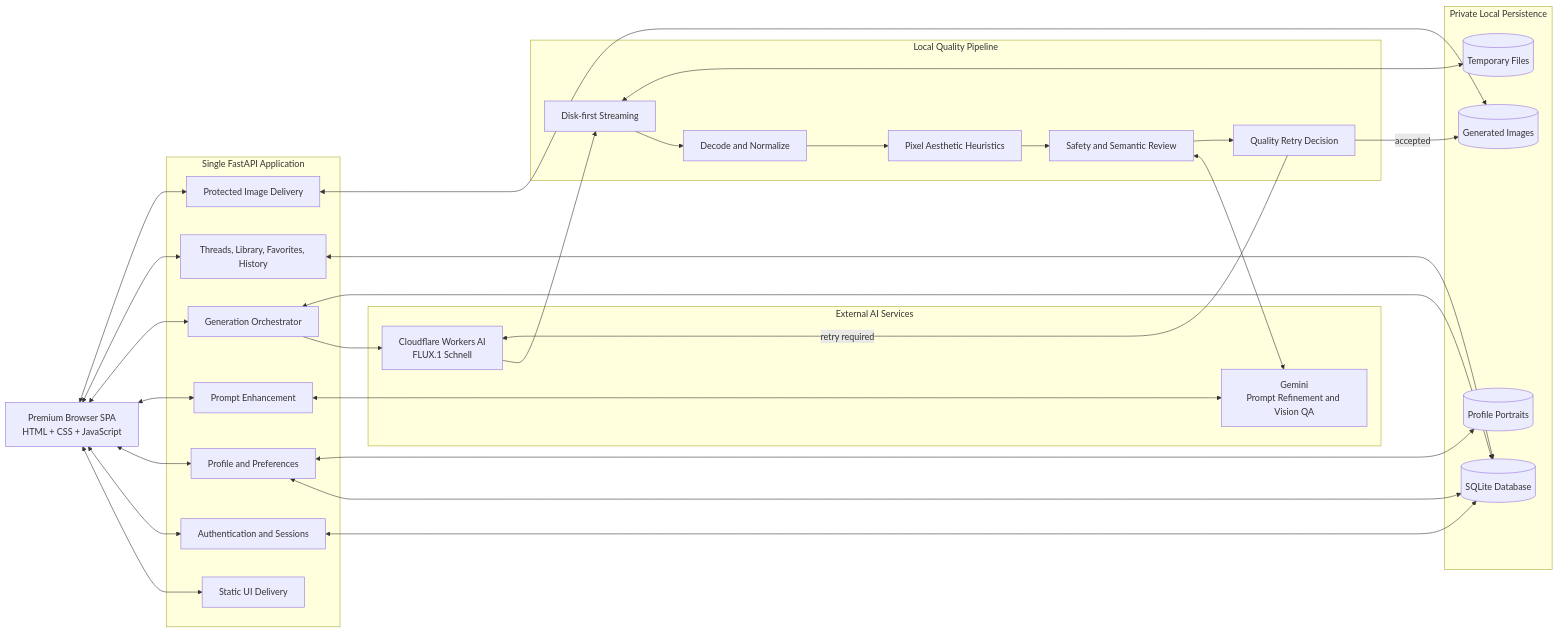
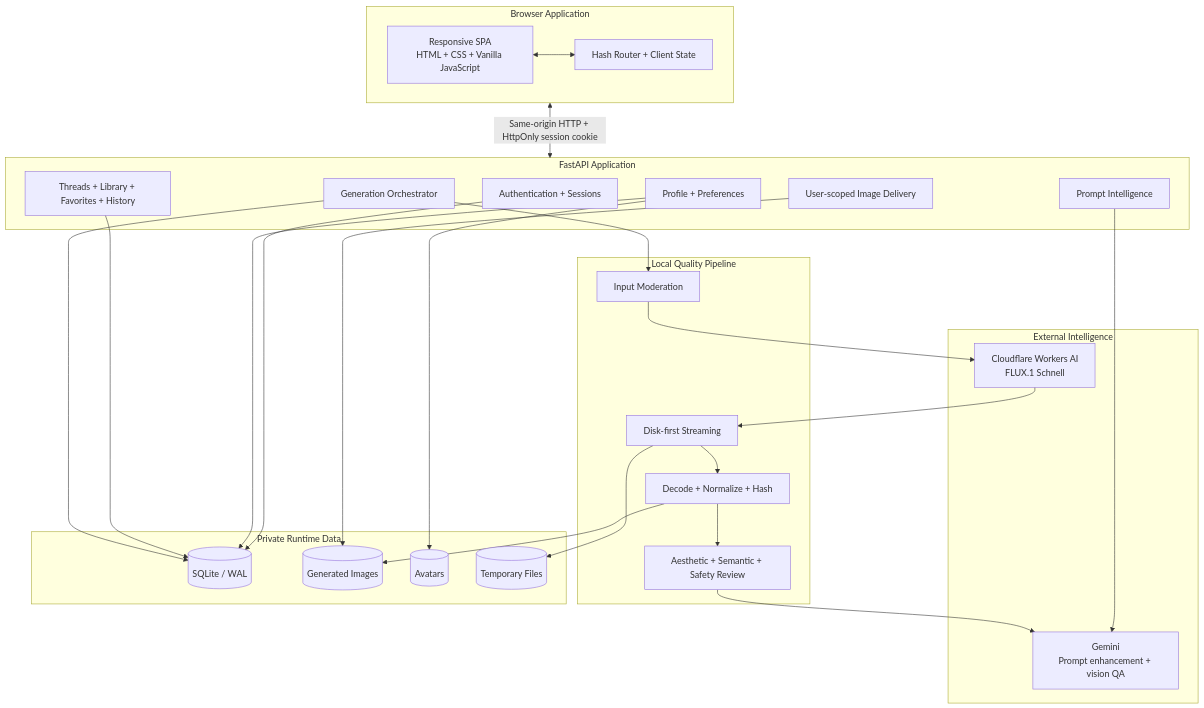
The second of 3 diagrams in DecodeLab-Multimodial Image Generation Studio/README.md (muhammadsaadjadoon/DecodeLabs-Internship), drawn with Mermaid before and after one commit. The commit also changed other lines of this file and 19 other files, not shown here.

````diff
--- a/DecodeLab-Multimodial Image Generation Studio/README.md
+++ b/DecodeLab-Multimodial Image Generation Studio/README.md
@@ -368,58 +414,50 @@
 ```mermaid
-flowchart LR
-    Browser[Premium Browser SPA<br/>HTML + CSS + JavaScript]
-
-    subgraph FastAPI[Single FastAPI Application]
-        Static[Static UI Delivery]
-        Auth[Authentication and Sessions]
-        Profile[Profile and Preferences]
-        Prompt[Prompt Enhancement]
-        Gen[Generation Orchestrator]
-        Library[Threads, Library, Favorites, History]
-        Images[Protected Image Delivery]
+flowchart TB
+    subgraph Browser[Browser Application]
+        UI[Responsive SPA\nHTML + CSS + Vanilla JavaScript]
+        ROUTER[Hash Router + Client State]
+        UI <--> ROUTER
     end
 
-    subgraph AI[External AI Services]
-        Gemini[Gemini<br/>Prompt Refinement and Vision QA]
-        Cloudflare[Cloudflare Workers AI<br/>FLUX.1 Schnell]
+    subgraph API[FastAPI Application]
+        AUTH[Authentication + Sessions]
+        PROFILE[Profile + Preferences]
+        PROMPT[Prompt Intelligence]
+        GENERATION[Generation Orchestrator]
+        COLLECTIONS[Threads + Library + Favorites + History]
+        FILES[User-scoped Image Delivery]
     end
 
-    subgraph Pipeline[Local Quality Pipeline]
-        Stream[Disk-first Streaming]
-        Decode[Decode and Normalize]
-        Heuristic[Pixel Aesthetic Heuristics]
-        Review[Safety and Semantic Review]
-        Retry[Quality Retry Decision]
+    subgraph INTELLIGENCE[External Intelligence]
+        GEMINI[Gemini\nPrompt enhancement + vision QA]
+        CF[Cloudflare Workers AI\nFLUX.1 Schnell]
     end
 
-    subgraph Persistence[Private Local Persistence]
-        SQLite[(SQLite Database)]
-        Assets[(Generated Images)]
-        Avatars[(Profile Portraits)]
-        Temp[(Temporary Files)]
+    subgraph PIPELINE[Local Quality Pipeline]
+        MOD[Input Moderation]
+        STREAM[Disk-first Streaming]
+        VALIDATE[Decode + Normalize + Hash]
+        QA[Aesthetic + Semantic + Safety Review]
     end
 
-    Browser <--> Static
-    Browser <--> Auth
-    Browser <--> Profile
-    Browser <--> Prompt
-    Browser <--> Gen
-    Browser <--> Library
-    Browser <--> Images
+    subgraph DATA[Private Runtime Data]
+        DB[(SQLite / WAL)]
+        IMG[(Generated Images)]
+        AV[(Avatars)]
+        TMP[(Temporary Files)]
+    end
 
-    Prompt <--> Gemini
-    Gen --> Cloudflare
-    Cloudflare --> Stream --> Decode --> Heuristic --> Review
-    Review <--> Gemini
-    Review --> Retry
-    Retry -->|accepted| Assets
-    Retry -->|retry required| Cloudflare
-
-    Auth <--> SQLite
-    Profile <--> SQLite
-    Profile <--> Avatars
-    Gen <--> SQLite
-    Library <--> SQLite
-    Images <--> Assets
-    Stream <--> Temp
+    Browser <-->|Same-origin HTTP + HttpOnly session cookie| API
+    PROMPT --> GEMINI
+    GENERATION --> MOD --> CF
+    CF --> STREAM --> VALIDATE --> QA
+    QA --> GEMINI
+    AUTH --> DB
+    PROFILE --> DB
+    COLLECTIONS --> DB
+    GENERATION --> DB
+    VALIDATE --> IMG
+    PROFILE --> AV
+    STREAM --> TMP
+    FILES --> IMG
 ```
````
